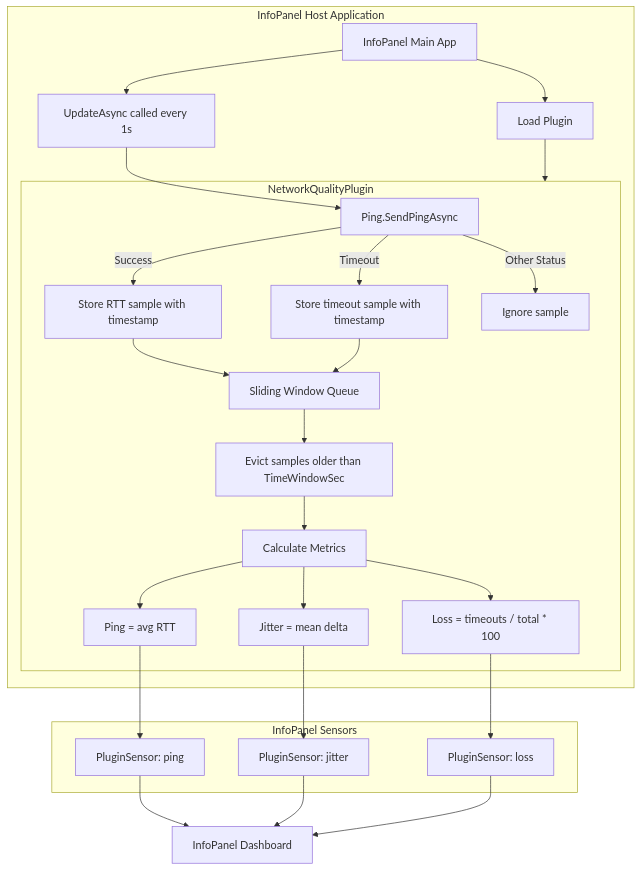
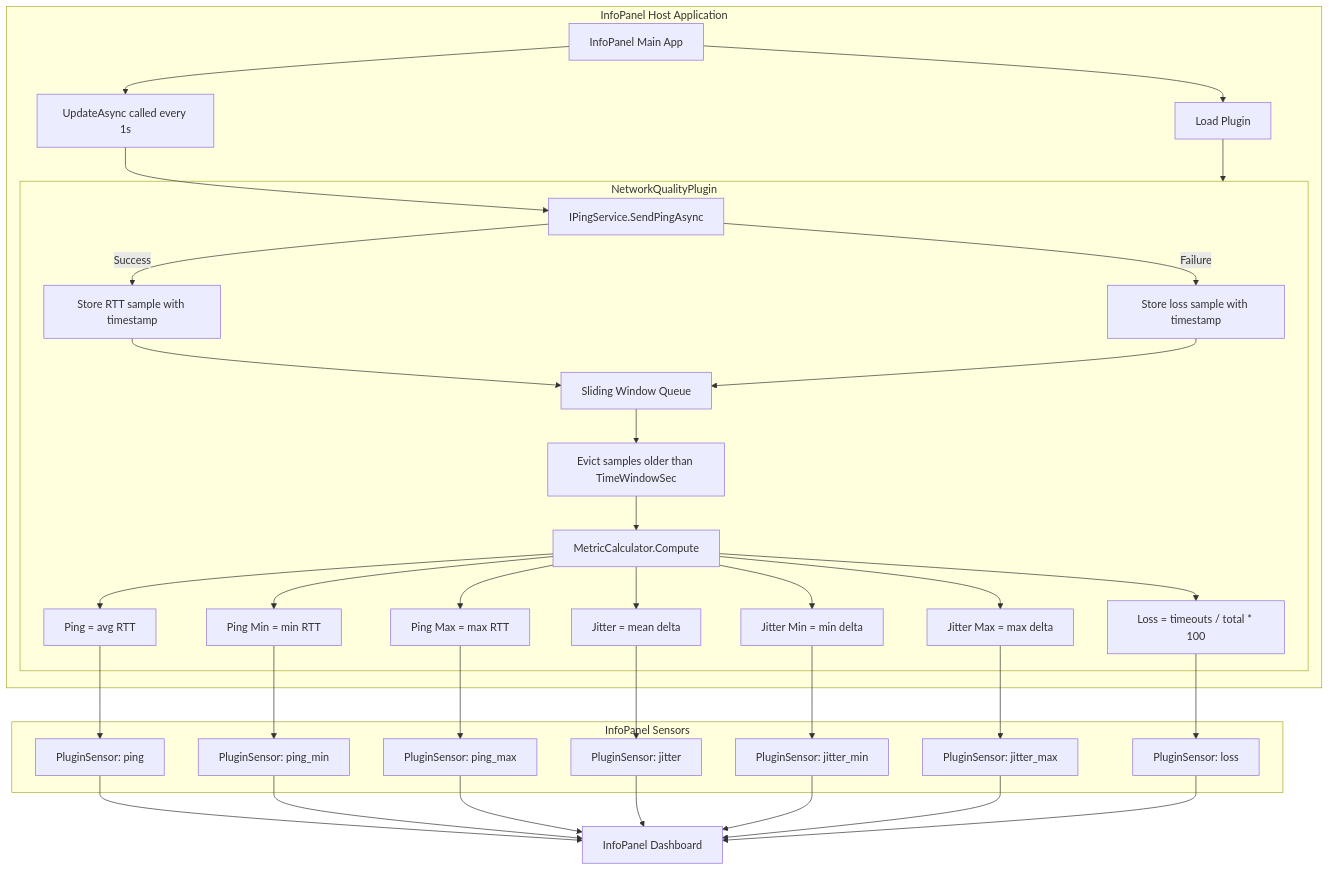
The first of 2 diagrams in InfoPanel.NetworkQuality_ARCHITECTURE.md (ken47-1/InfoPanel.NetworkQuality), drawn with Mermaid before and after one commit. The commit also changed other lines of this file and 1 other file, not shown here.

````diff
--- a/InfoPanel.NetworkQuality_ARCHITECTURE.md
+++ b/InfoPanel.NetworkQuality_ARCHITECTURE.md
@@ -16,35 +16,46 @@
 ```mermaid
 flowchart TD
     subgraph InfoPanel["InfoPanel Host Application"]
         Host[InfoPanel Main App] --> Load[Load Plugin]
         Load --> Plugin[NetworkQualityPlugin Instance]
         Host --> Update[UpdateAsync called every 1s]
     end
 
     subgraph Plugin["NetworkQualityPlugin"]
-        Update --> Ping[Ping.SendPingAsync]
-        Ping -->|Success| StoreRTT[Store RTT sample with timestamp]
-        Ping -->|Timeout| StoreTimeout[Store timeout sample with timestamp]
-        Ping -->|Other Status| Ignore[Ignore sample]
-        
+        Update --> PingService[IPingService.SendPingAsync]
+        PingService -->|Success| StoreRTT[Store RTT sample with timestamp]
+        PingService -->|Failure| StoreTimeout[Store loss sample with timestamp]
+
         StoreRTT --> Queue[Sliding Window Queue]
         StoreTimeout --> Queue
-        
+
         Queue --> Evict[Evict samples older than TimeWindowSec]
-        Evict --> Calc[Calculate Metrics]
-        
+        Evict --> Calc[MetricCalculator.Compute]
+
         Calc --> PingMetric[Ping = avg RTT]
+        Calc --> PingMinMetric[Ping Min = min RTT]
+        Calc --> PingMaxMetric[Ping Max = max RTT]
         Calc --> JitterMetric[Jitter = mean delta]
+        Calc --> JitterMinMetric[Jitter Min = min delta]
+        Calc --> JitterMaxMetric[Jitter Max = max delta]
         Calc --> LossMetric[Loss = timeouts / total * 100]
     end
 
     subgraph Sensors["InfoPanel Sensors"]
         PingMetric --> SensorPing[PluginSensor: ping]
+        PingMinMetric --> SensorPingMin[PluginSensor: ping_min]
+        PingMaxMetric --> SensorPingMax[PluginSensor: ping_max]
         JitterMetric --> SensorJitter[PluginSensor: jitter]
+        JitterMinMetric --> SensorJitterMin[PluginSensor: jitter_min]
+        JitterMaxMetric --> SensorJitterMax[PluginSensor: jitter_max]
         LossMetric --> SensorLoss[PluginSensor: loss]
     end
 
     SensorPing --> Display[InfoPanel Dashboard]
+    SensorPingMin --> Display
+    SensorPingMax --> Display
     SensorJitter --> Display
+    SensorJitterMin --> Display
+    SensorJitterMax --> Display
     SensorLoss --> Display
 ```
````
